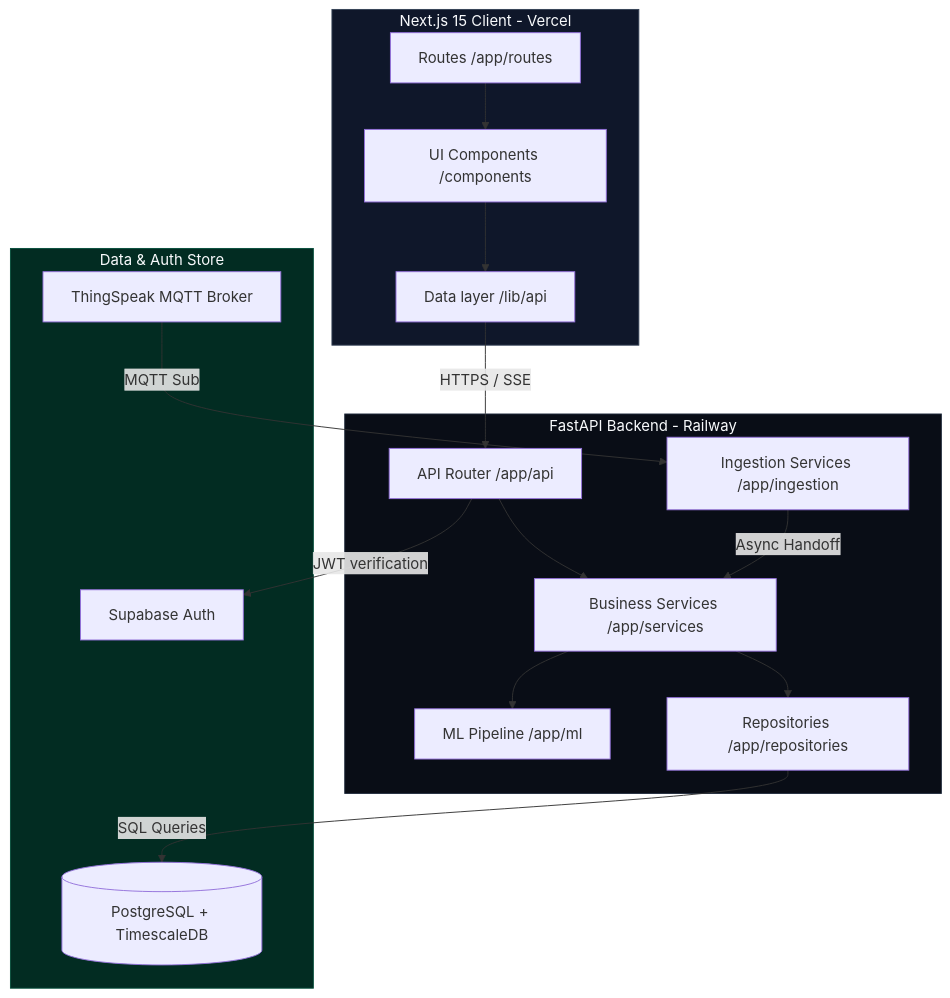
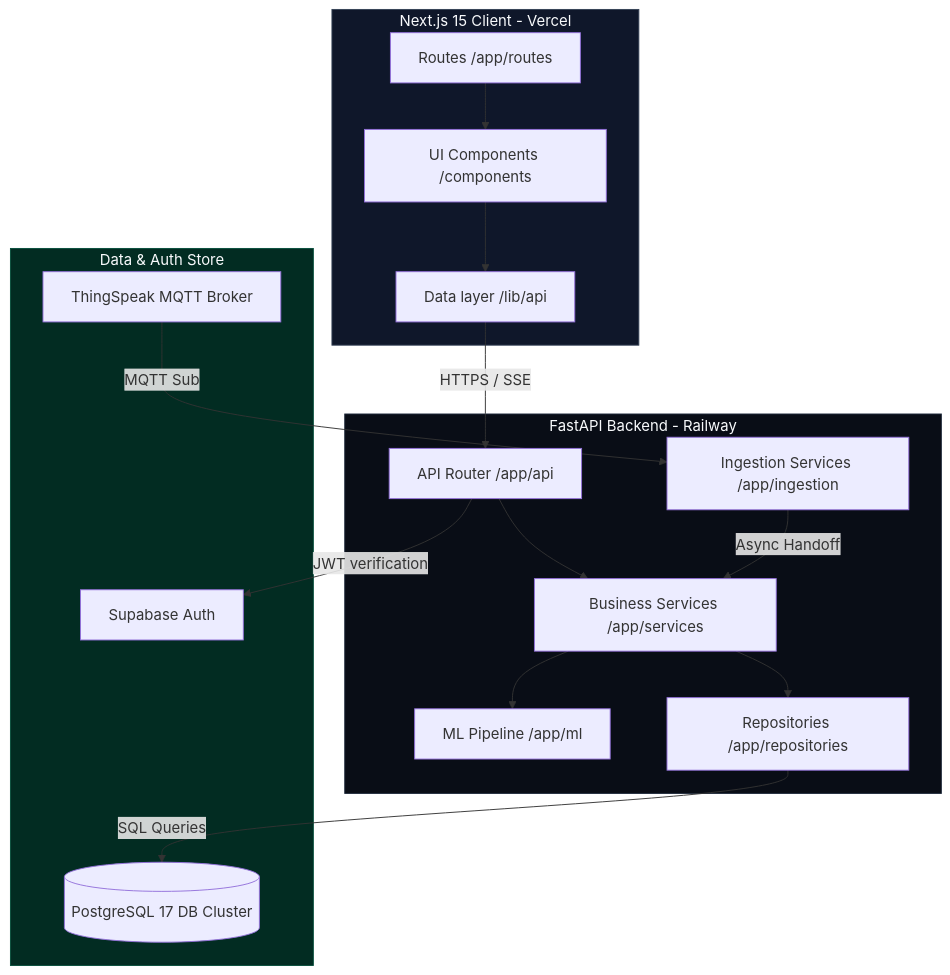
One commit to SoiledSalmon/AquaSense changed the first of 3 diagrams in docs/diagrams/architecture.md. Above: the diagram before and after it, drawn with Mermaid. The commit also changed other lines of this file and 7 other files, not shown here.

````diff
--- a/docs/diagrams/architecture.md
+++ b/docs/diagrams/architecture.md
@@ -11,41 +11,41 @@
 ```mermaid
 graph TD
     %% Frontend Layers
     subgraph Frontend [Next.js 15 Client - Vercel]
         style Frontend fill:#0f172a,stroke:#334155,color:#f8fafc
         UI[UI Components /components]
         Routes[Routes /app/routes]
         DataAPI[Data layer /lib/api]
     end
 
     %% Backend Layers
     subgraph Backend [FastAPI Backend - Railway]
         style Backend fill:#090d16,stroke:#1e293b,color:#f8fafc
         API[API Router /app/api]
         Services[Business Services /app/services]
         Ingestion[Ingestion Services /app/ingestion]
         ML[ML Pipeline /app/ml]
         Repos[Repositories /app/repositories]
     end
 
     %% External Infrastructure
     subgraph Infrastructure [Data & Auth Store]
         style Infrastructure fill:#022c22,stroke:#064e3b,color:#f8fafc
         SupaAuth[Supabase Auth]
-        Timescale[(PostgreSQL + TimescaleDB)]
+        PostgreSQL[(PostgreSQL 17 DB Cluster)]
         TSBroker[ThingSpeak MQTT Broker]
     end
 
     %% Interactions
     Routes --> UI
     UI --> DataAPI
     DataAPI -- HTTPS / SSE --> API
     
     API --> Services
     Ingestion -- Async Handoff --> Services
     Services --> ML
     Services --> Repos
-    Repos -- SQL Queries --> Timescale
+    Repos -- SQL Queries --> PostgreSQL
     API -- JWT verification --> SupaAuth
     TSBroker -- MQTT Sub --> Ingestion
 ```
````
